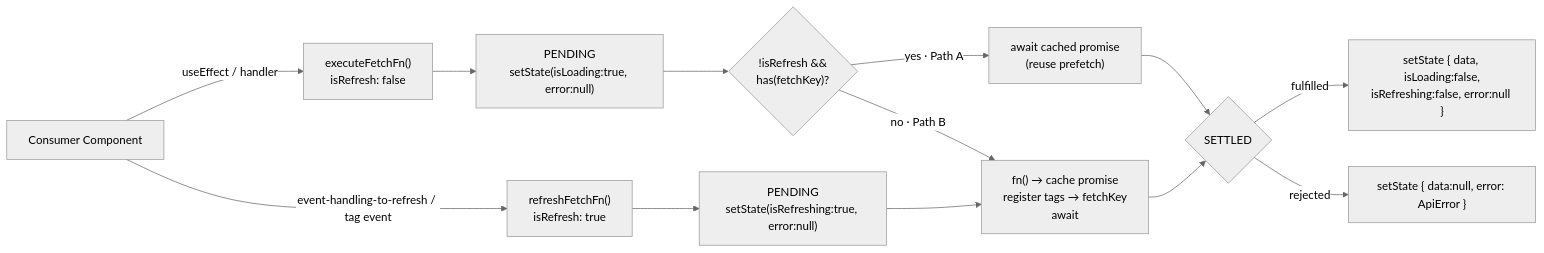
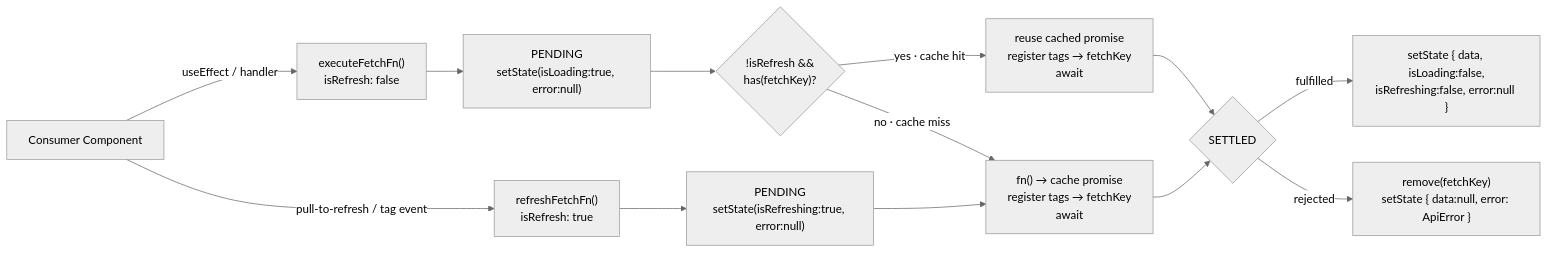
One commit to chuhaiphu/fetchwire changed the first of 4 diagrams in docs/architecture/USE-FETCH-FN-FLOW.md. Above: the diagram before and after it, drawn with Mermaid (neutral theme). The commit also changed other lines of this file and 14 other files, not shown here.

First line of the commit message:
refactor: improve error handling and documentation across fetch and mutation hooks

````diff
--- a/docs/architecture/USE-FETCH-FN-FLOW.md
+++ b/docs/architecture/USE-FETCH-FN-FLOW.md
@@ -27,18 +27,18 @@
 ```mermaid
 flowchart LR
     Cmp["Consumer Component"] -->|"useEffect / handler"| EXE["executeFetchFn()<br/>isRefresh: false"]
-    Cmp -->|"event-handling-to-refresh / tag event"| REF["refreshFetchFn()<br/>isRefresh: true"]
+    Cmp -->|"pull-to-refresh / tag event"| REF["refreshFetchFn()<br/>isRefresh: true"]
 
     EXE --> PE["PENDING<br/>setState(isLoading:true, error:null)"]
     REF --> PR["PENDING<br/>setState(isRefreshing:true, error:null)"]
 
     PE --> BR{"!isRefresh &&<br/>has(fetchKey)?"}
     PR --> FRESH
-    BR -->|"yes · Path A"| CACHED["await cached promise<br/>(reuse prefetch)"]
-    BR -->|"no · Path B"| FRESH["fn() → cache promise<br/>register tags → fetchKey<br/>await"]
+    BR -->|"yes · cache hit"| CACHED["reuse cached promise<br/>register tags → fetchKey<br/>await"]
+    BR -->|"no · cache miss"| FRESH["fn() → cache promise<br/>register tags → fetchKey<br/>await"]
 
     CACHED --> S{"SETTLED"}
     FRESH --> S
     S -->|"fulfilled"| OKS["setState { data, isLoading:false,<br/>isRefreshing:false, error:null }"]
-    S -->|"rejected"| ERRS["setState { data:null, error: ApiError }"]
+    S -->|"rejected"| ERRS["remove(fetchKey)<br/>setState { data:null, error: ApiError }"]
 ```
````
